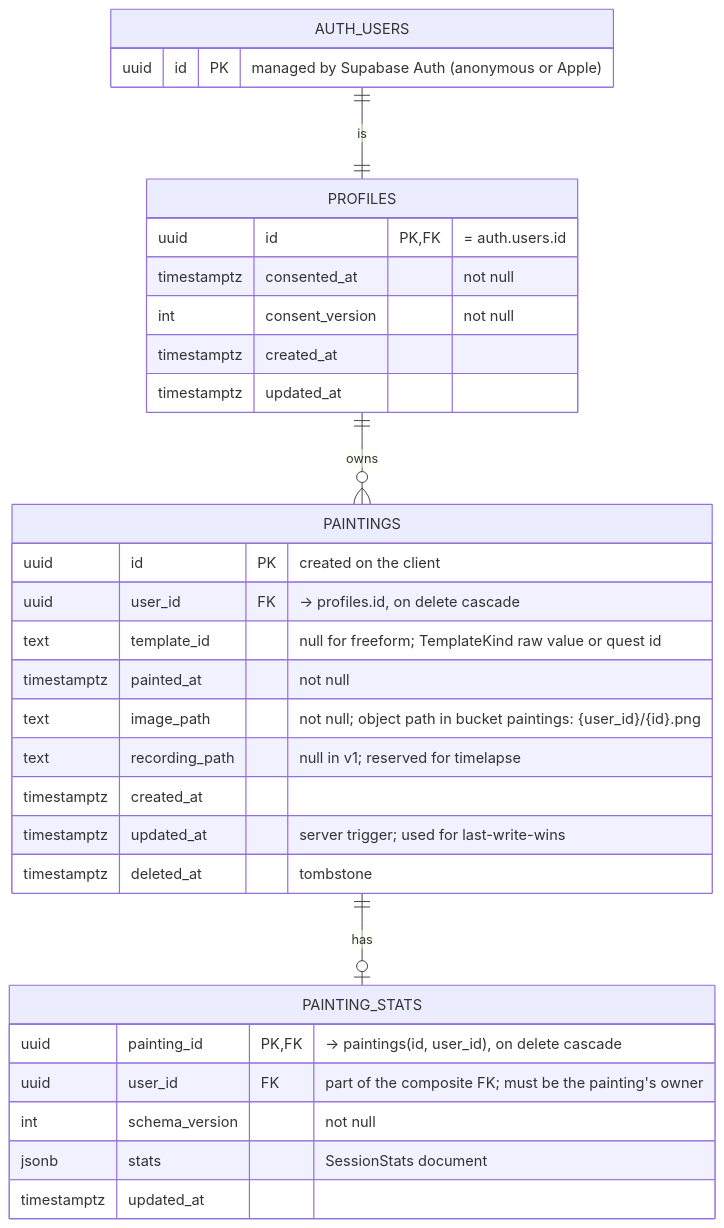
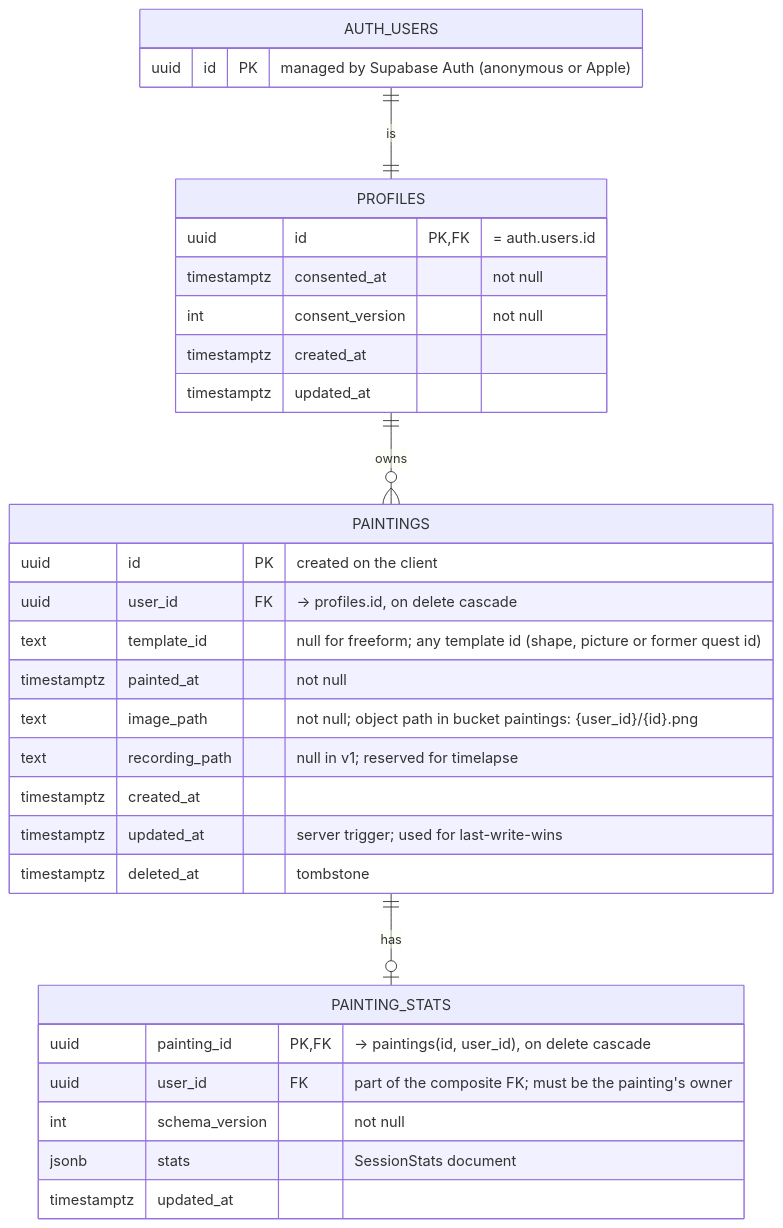
The diagram in docs/data-model.md (iZekCode/Rona), drawn with Mermaid before and after one commit. The commit also changed other lines of this file and 4 other files, not shown here.

````diff
--- a/docs/data-model.md
+++ b/docs/data-model.md
@@ -7,35 +7,35 @@
 ```mermaid
 erDiagram
     AUTH_USERS ||--|| PROFILES : "is"
     PROFILES ||--o{ PAINTINGS : "owns"
     PAINTINGS ||--o| PAINTING_STATS : "has"
 
     AUTH_USERS {
         uuid id PK "managed by Supabase Auth (anonymous or Apple)"
     }
     PROFILES {
         uuid id PK, FK "= auth.users.id"
         timestamptz consented_at "not null"
         int consent_version "not null"
         timestamptz created_at
         timestamptz updated_at
     }
     PAINTINGS {
         uuid id PK "created on the client"
         uuid user_id FK "-> profiles.id, on delete cascade"
-        text template_id "null for freeform; TemplateKind raw value or quest id"
+        text template_id "null for freeform; any template id (shape, picture or former quest id)"
         timestamptz painted_at "not null"
         text image_path "not null; object path in bucket paintings: {user_id}/{id}.png"
         text recording_path "null in v1; reserved for timelapse"
         timestamptz created_at
         timestamptz updated_at "server trigger; used for last-write-wins"
         timestamptz deleted_at "tombstone"
     }
     PAINTING_STATS {
         uuid painting_id PK, FK "-> paintings(id, user_id), on delete cascade"
         uuid user_id FK "part of the composite FK; must be the painting's owner"
         int schema_version "not null"
         jsonb stats "SessionStats document"
         timestamptz updated_at
     }
 ```
````
